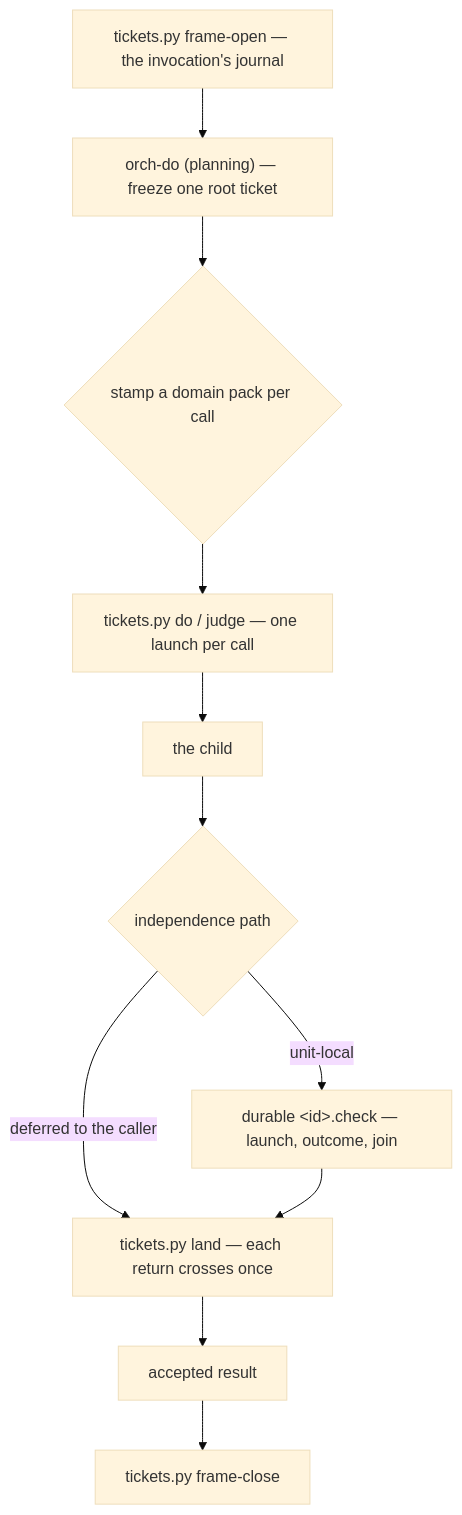
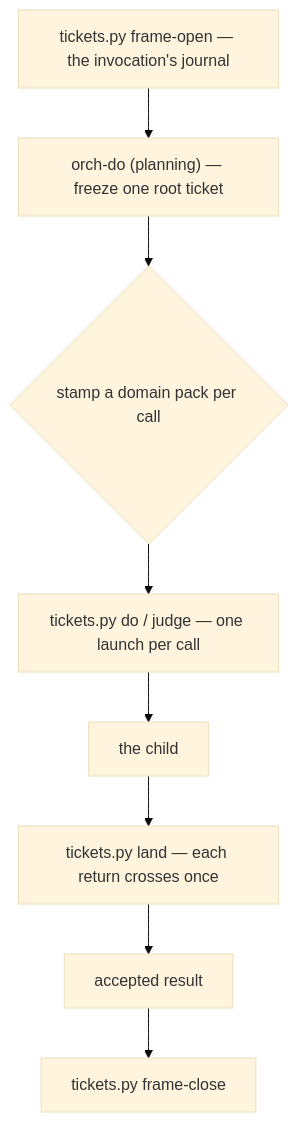
Before and after one commit to DanMcInerney/orchflows: the diagram in README.md, drawn with Mermaid (base theme). The commit also changed other lines of this file and 9 other files, not shown here.

````diff
--- a/README.md
+++ b/README.md
@@ -184,13 +184,10 @@
 ```mermaid
 flowchart TD
     frame["tickets.py frame-open — the invocation's journal"] --> outline["orch-do (planning) — freeze one root ticket"]
     outline --> pack{"stamp a domain pack per call"}
     pack --> brick["tickets.py do / judge — one launch per call"]
     brick --> exec["the child"]
-    exec --> path{"independence path"}
-    path -->|unit-local| checker["durable &lt;id&gt;.check — launch, outcome, join"]
-    path -->|deferred to the caller| join["tickets.py land — each return crosses once"]
-    checker --> join
+    exec --> join["tickets.py land — each return crosses once"]
     join --> accepted["accepted result"]
     accepted --> close["tickets.py frame-close"]
 ```
````
